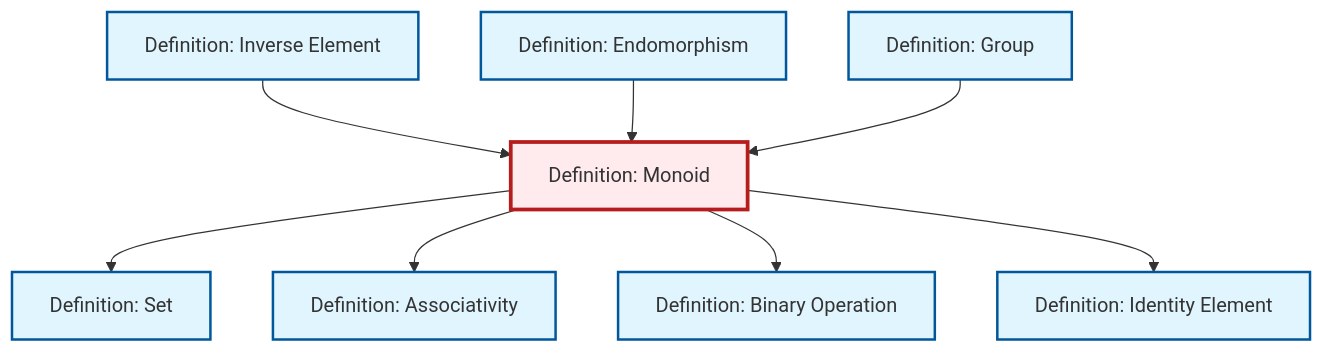
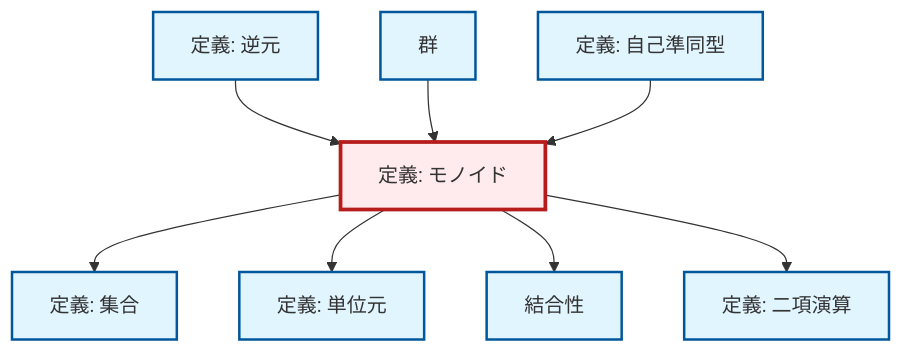
One commit to RK0429/ModernMath changed the diagram in content/ja/algebra/def-monoid.qmd. Above: the diagram before and after it, drawn with Mermaid. The commit also changed 1069 other files, not shown here.

````diff
--- a/content/ja/algebra/def-monoid.qmd
+++ b/content/ja/algebra/def-monoid.qmd
@@ -82,32 +82,32 @@
 ```{mermaid}
 %%| fig-cap: "Local dependency graph"
 graph TD
     classDef definition fill:#e1f5fe,stroke:#01579b,stroke-width:2px
     classDef theorem fill:#f3e5f5,stroke:#4a148c,stroke-width:2px
     classDef axiom fill:#fff3e0,stroke:#e65100,stroke-width:2px
     classDef example fill:#e8f5e9,stroke:#1b5e20,stroke-width:2px
     classDef current fill:#ffebee,stroke:#b71c1c,stroke-width:3px
-    def-set["Definition: Set"]:::definition
-    def-monoid["Definition: Monoid"]:::definition
-    def-inverse-element["Definition: Inverse Element"]:::definition
-    def-group["Definition: Group"]:::definition
-    def-binary-operation["Definition: Binary Operation"]:::definition
-    def-identity-element["Definition: Identity Element"]:::definition
-    def-endomorphism["Definition: Endomorphism"]:::definition
-    def-associativity["Definition: Associativity"]:::definition
+    def-associativity["結合性"]:::definition
+    def-set["定義: 集合"]:::definition
+    def-endomorphism["定義: 自己準同型"]:::definition
+    def-binary-operation["定義: 二項演算"]:::definition
+    def-inverse-element["定義: 逆元"]:::definition
+    def-identity-element["定義: 単位元"]:::definition
+    def-monoid["定義: モノイド"]:::definition
+    def-group["群"]:::definition
+    def-monoid --> def-set
     def-inverse-element --> def-monoid
-    def-monoid --> def-set
+    def-group --> def-monoid
+    def-endomorphism --> def-monoid
+    def-monoid --> def-identity-element
     def-monoid --> def-associativity
-    def-endomorphism --> def-monoid
     def-monoid --> def-binary-operation
-    def-monoid --> def-identity-element
-    def-group --> def-monoid
     class def-monoid current
-    click def-set "def-set.html" "Definition: Setへ"
-    click def-inverse-element "def-inverse-element.html" "Definition: Inverse Elementへ"
-    click def-group "def-group.html" "Definition: Groupへ"
-    click def-binary-operation "def-binary-operation.html" "Definition: Binary Operationへ"
-    click def-identity-element "def-identity-element.html" "Definition: Identity Elementへ"
-    click def-endomorphism "def-endomorphism.html" "Definition: Endomorphismへ"
-    click def-associativity "def-associativity.html" "Definition: Associativityへ"
+    click def-associativity "def-associativity.html" "結合性へ"
+    click def-set "def-set.html" "集合の定義へ"
+    click def-endomorphism "def-endomorphism.html" "自己準同型の定義へ"
+    click def-binary-operation "def-binary-operation.html" "二項演算の定義へ"
+    click def-inverse-element "def-inverse-element.html" "逆元の定義へ"
+    click def-identity-element "def-identity-element.html" "単位元の定義へ"
+    click def-group "def-group.html" "群へ"
 ```
````
